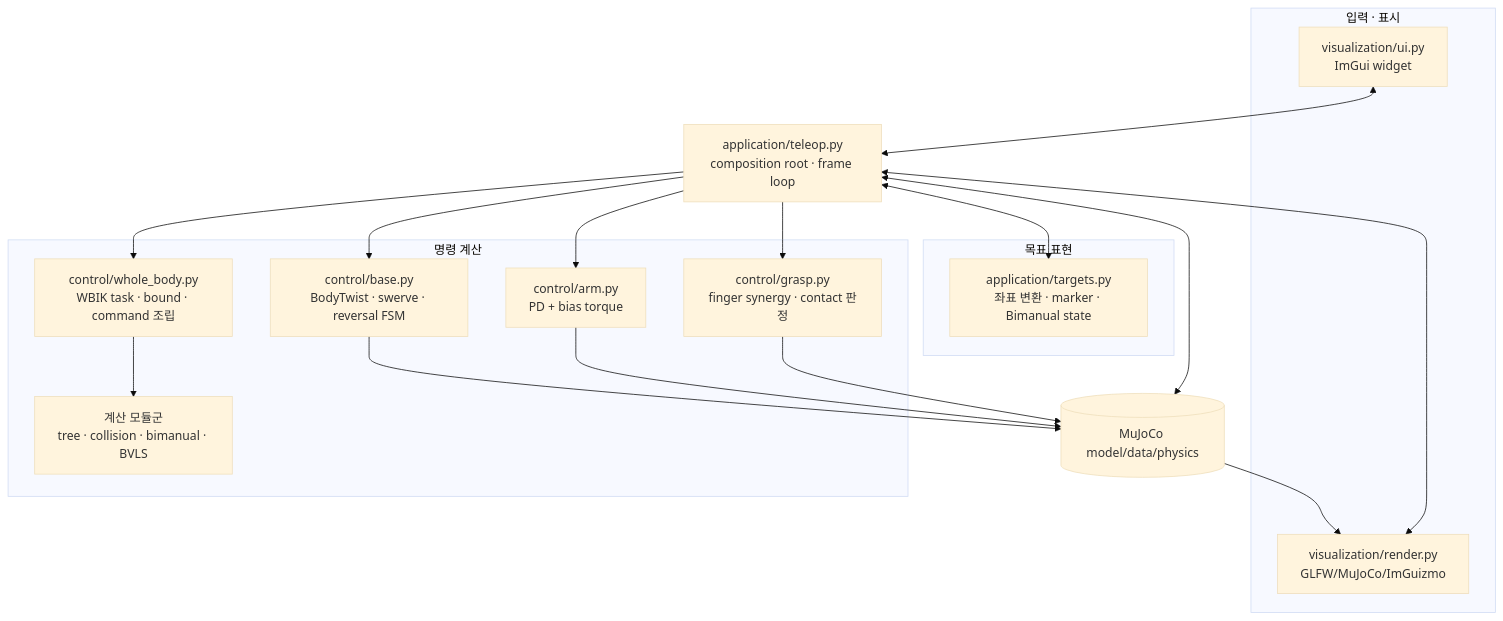
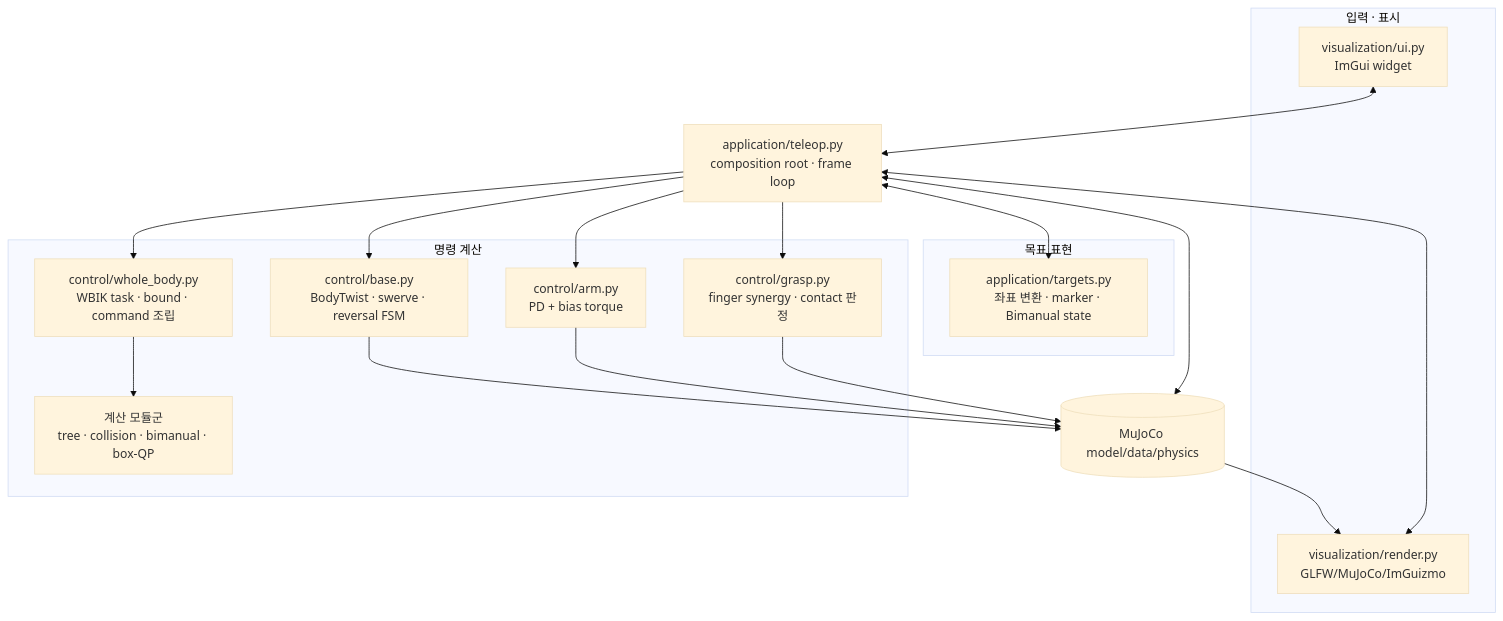
Before and after one commit to Geonhee-LEE/aiworker-mj-lab: the first of 3 diagrams in docs/overview.md, drawn with Mermaid (base theme). The commit also changed other lines of this file and 25 other files, not shown here.

````diff
--- a/docs/overview.md
+++ b/docs/overview.md
@@ -20,33 +20,33 @@
 ```mermaid
 flowchart TB
     subgraph Presentation["입력 · 표시"]
         UI["visualization/ui.py<br>ImGui widget"]
         R["visualization/render.py<br>GLFW/MuJoCo/ImGuizmo"]
     end
     subgraph Intent["목표 표현"]
         T["application/targets.py<br>좌표 변환 · marker · Bimanual state"]
     end
     subgraph Decision["명령 계산"]
         W["control/whole_body.py<br>WBIK task · bound · command 조립"]
-        K["계산 모듈군<br>tree · collision · bimanual · BVLS"]
+        K["계산 모듈군<br>tree · collision · bimanual · box-QP"]
         B["control/base.py<br>BodyTwist · swerve · reversal FSM"]
         A["control/arm.py<br>PD + bias torque"]
         G["control/grasp.py<br>finger synergy · contact 판정"]
     end
     APP["application/teleop.py<br>composition root · frame loop"]
     P[("MuJoCo model/data/physics")]
 
     UI <--> APP
     R <--> APP
     APP <--> T
     APP --> W
     W --> K
     APP --> B
     APP --> A
     APP --> G
     APP <--> P
     B --> P
     A --> P
     G --> P
     P --> R
 ```
````
